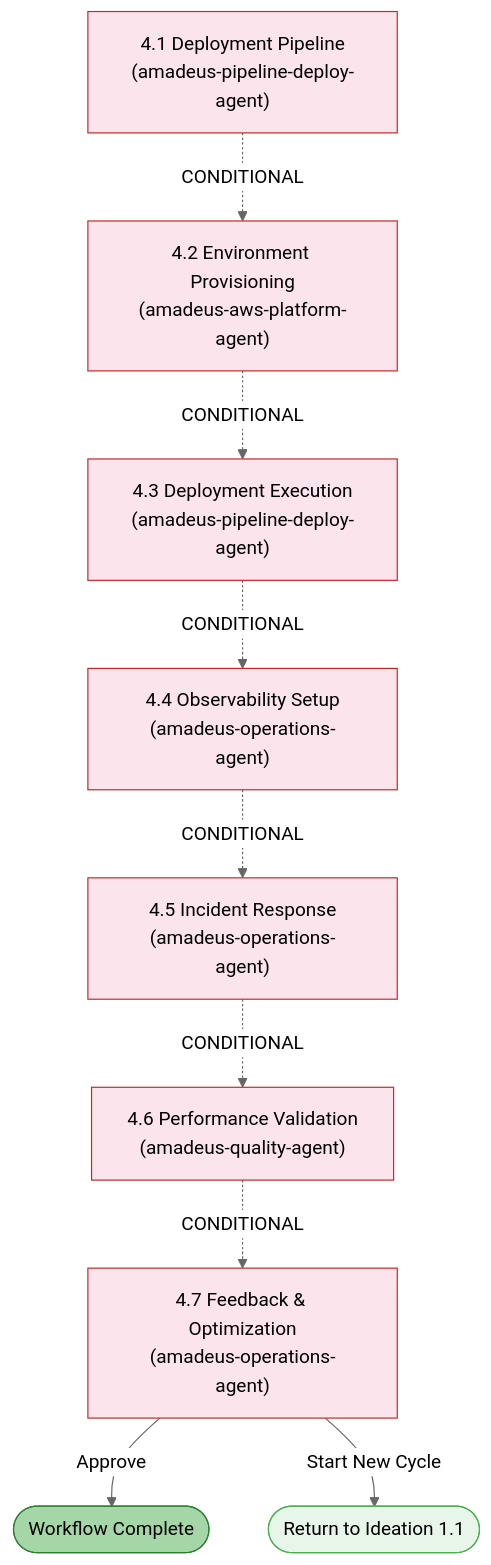
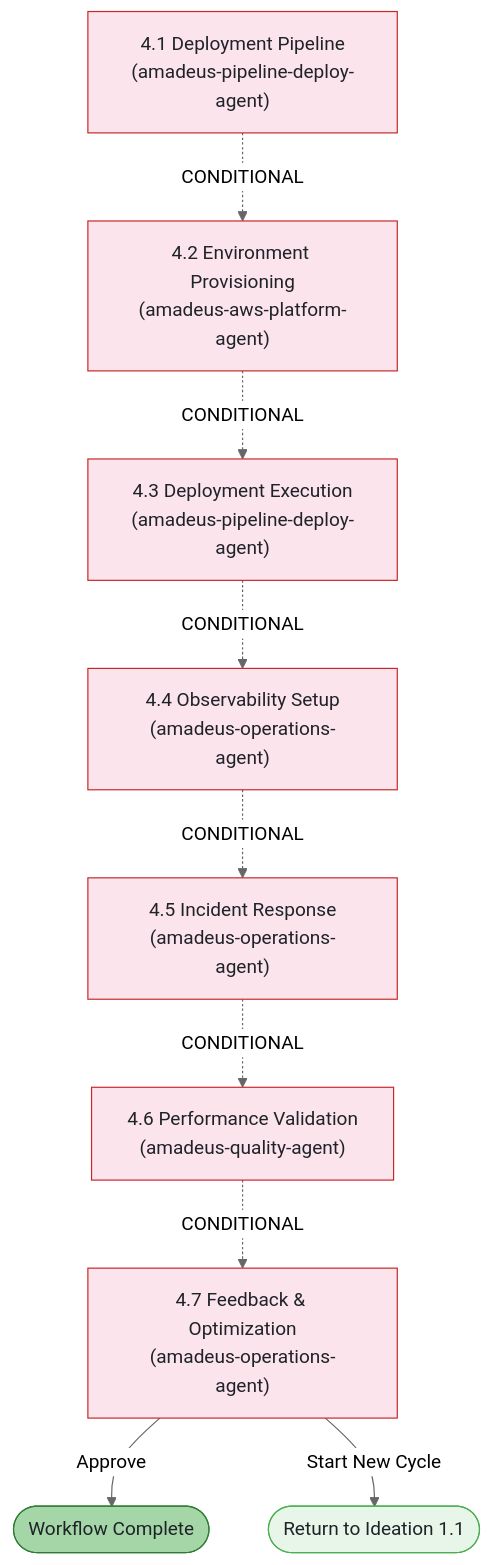
One commit to amadeus-dlc/amadeus changed the sixth of 6 diagrams in docs/guide/04-phases-and-stages.ja.md. Above: the diagram before and after it, drawn with Mermaid (neutral theme). The commit also changed other lines of this file and 1 other file, not shown here.

Commit message:
docs: improve Mermaid diagram contrast

````diff
--- a/docs/guide/04-phases-and-stages.ja.md
+++ b/docs/guide/04-phases-and-stages.ja.md
@@ -332,30 +332,30 @@
 ```mermaid
 flowchart TD
     S41["4.1 Deployment Pipeline\n(amadeus-pipeline-deploy-agent)"]
     S42["4.2 Environment Provisioning\n(amadeus-aws-platform-agent)"]
     S43["4.3 Deployment Execution\n(amadeus-pipeline-deploy-agent)"]
     S44["4.4 Observability Setup\n(amadeus-operations-agent)"]
     S45["4.5 Incident Response\n(amadeus-operations-agent)"]
     S46["4.6 Performance Validation\n(amadeus-quality-agent)"]
     S47["4.7 Feedback & Optimization\n(amadeus-operations-agent)"]
 
     S41 -.->|CONDITIONAL| S42
     S42 -.->|CONDITIONAL| S43
     S43 -.->|CONDITIONAL| S44
     S44 -.->|CONDITIONAL| S45
     S45 -.->|CONDITIONAL| S46
     S46 -.->|CONDITIONAL| S47
 
     S47 -->|"Approve"| DONE(["Workflow Complete"])
     S47 -->|"Start New Cycle"| IDEATION(["Return to Ideation 1.1"])
 
-    style S41 fill:#fce4ec,stroke:#c62828
-    style S42 fill:#fce4ec,stroke:#c62828
-    style S43 fill:#fce4ec,stroke:#c62828
-    style S44 fill:#fce4ec,stroke:#c62828
-    style S45 fill:#fce4ec,stroke:#c62828
-    style S46 fill:#fce4ec,stroke:#c62828
-    style S47 fill:#fce4ec,stroke:#c62828
-    style DONE fill:#a5d6a7,stroke:#2e7d32
-    style IDEATION fill:#e8f5e9,stroke:#4caf50
+    style S41 fill:#fce4ec,stroke:#c62828,color:#1f2328
+    style S42 fill:#fce4ec,stroke:#c62828,color:#1f2328
+    style S43 fill:#fce4ec,stroke:#c62828,color:#1f2328
+    style S44 fill:#fce4ec,stroke:#c62828,color:#1f2328
+    style S45 fill:#fce4ec,stroke:#c62828,color:#1f2328
+    style S46 fill:#fce4ec,stroke:#c62828,color:#1f2328
+    style S47 fill:#fce4ec,stroke:#c62828,color:#1f2328
+    style DONE fill:#a5d6a7,stroke:#2e7d32,color:#1f2328
+    style IDEATION fill:#e8f5e9,stroke:#4caf50,color:#1f2328
 ```
````
